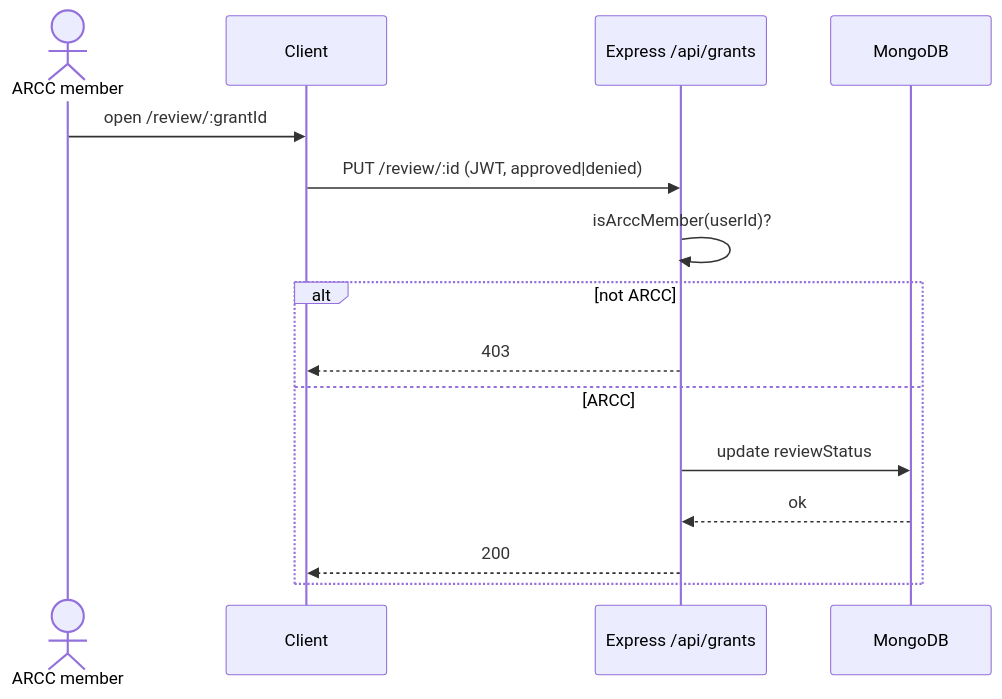
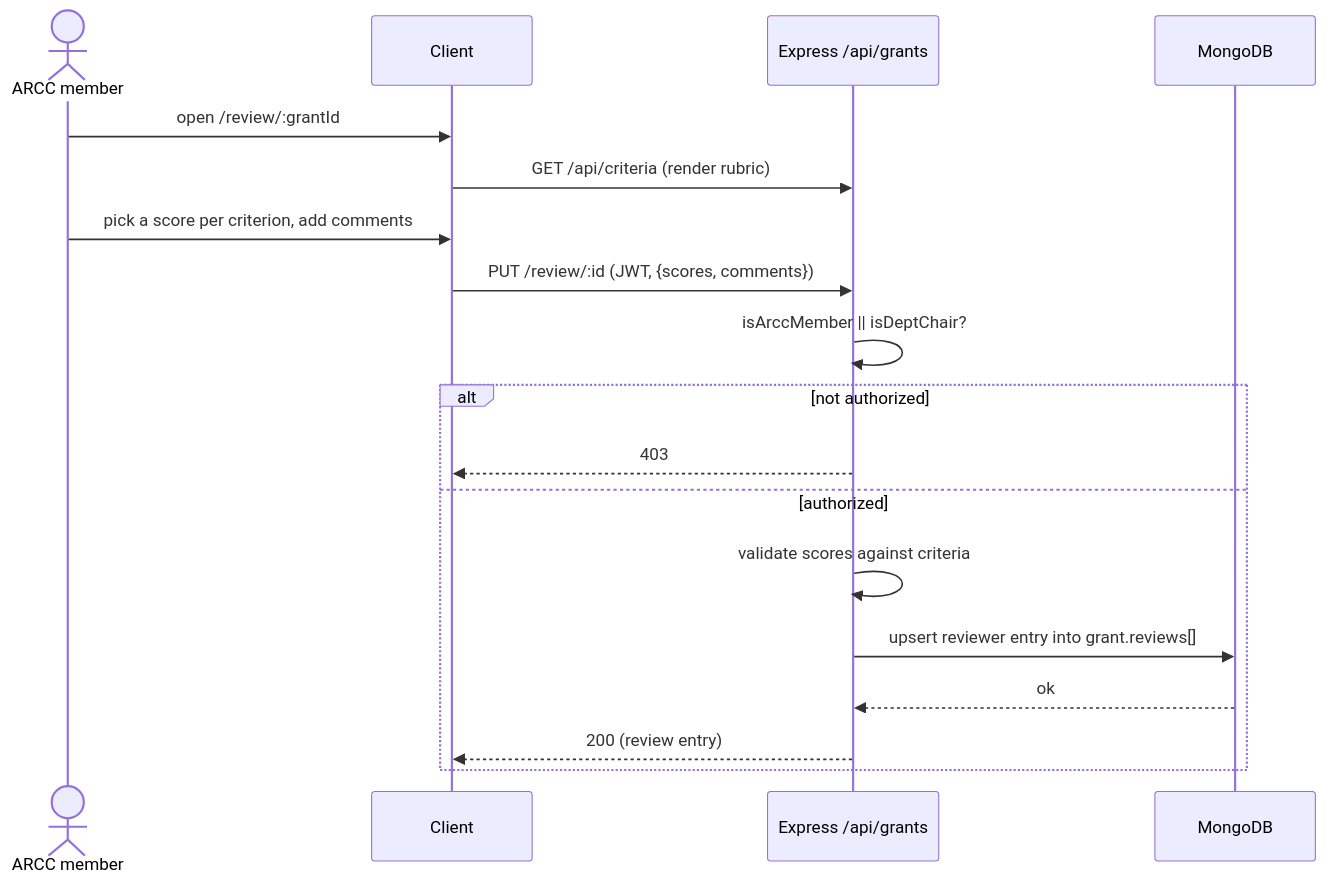
One commit to jayantiacharya/grant-management-system changed the seventh of 7 diagrams in docs/architecture.md. Above: the diagram before and after it, drawn with Mermaid. The commit also changed other lines of this file and 4 other files, not shown here.

First line of the commit message:
docs: reconcile requirements with transcripts, refresh architecture for open PRs

````diff
--- a/docs/architecture.md
+++ b/docs/architecture.md
@@ -328,17 +393,20 @@
 ```mermaid
 sequenceDiagram
     actor Reviewer as ARCC member
     participant Client
     participant API as Express /api/grants
     participant DB as MongoDB
     Reviewer->>Client: open /review/:grantId
-    Client->>API: PUT /review/:id (JWT, approved|denied)
-    API->>API: isArccMember(userId)?
-    alt not ARCC
+    Client->>API: GET /api/criteria (render rubric)
+    Reviewer->>Client: pick a score per criterion, add comments
+    Client->>API: PUT /review/:id (JWT, {scores, comments})
+    API->>API: isArccMember || isDeptChair?
+    alt not authorized
         API-->>Client: 403
-    else ARCC
-        API->>DB: update reviewStatus
+    else authorized
+        API->>API: validate scores against criteria
+        API->>DB: upsert reviewer entry into grant.reviews[]
         DB-->>API: ok
-        API-->>Client: 200
+        API-->>Client: 200 (review entry)
     end
 ```
````
